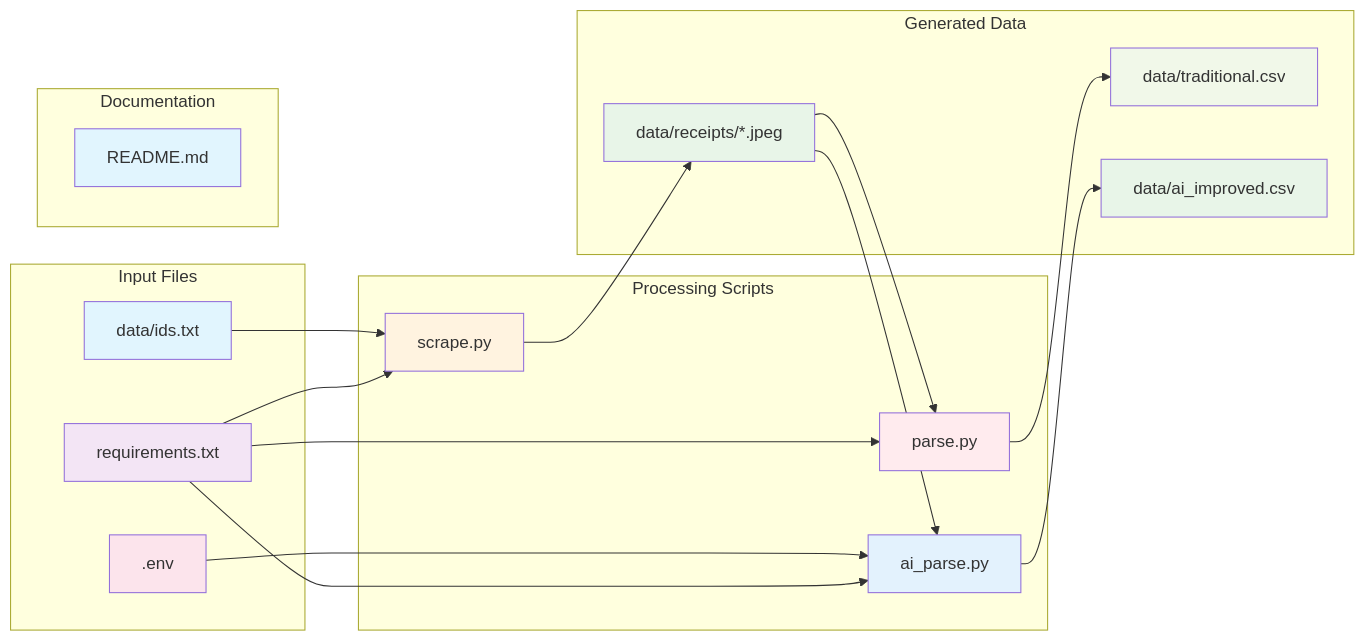
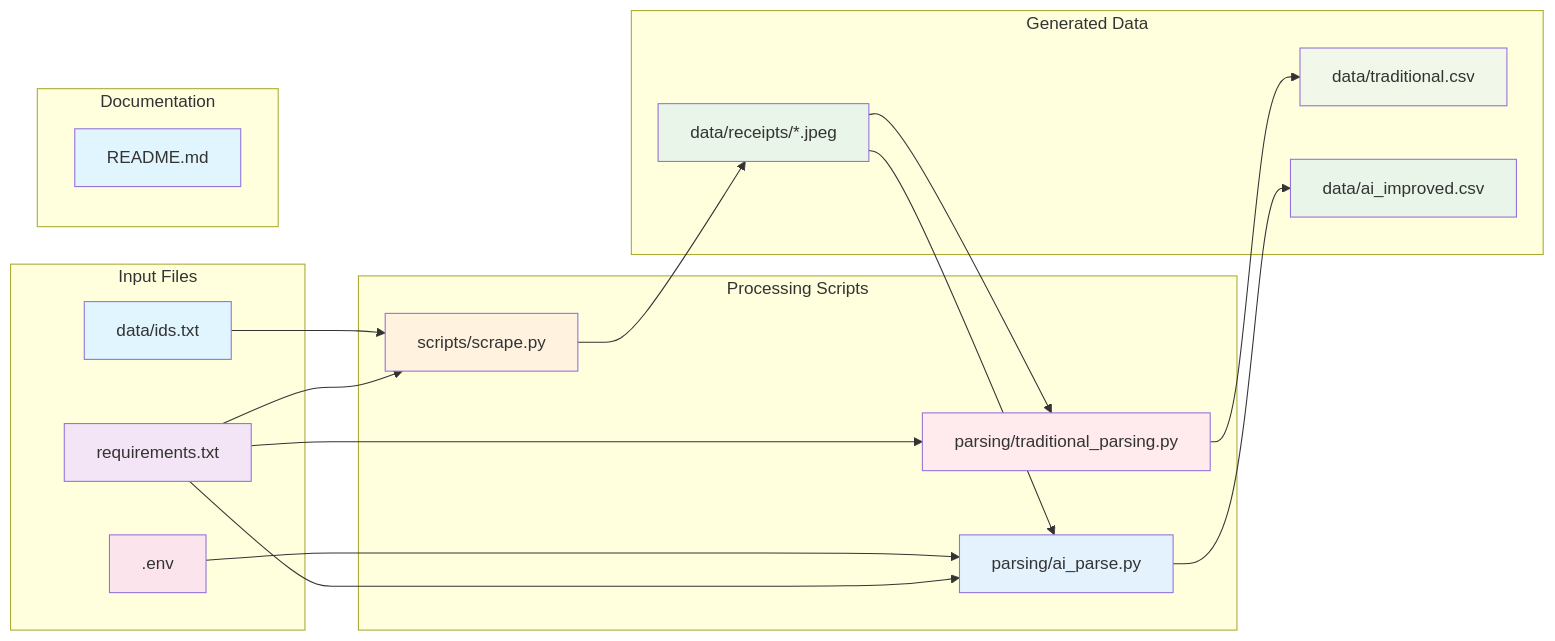
One commit to Ismat-Samadov/receipt_data changed the third of 8 diagrams in README.md. Above: the diagram before and after it, drawn with Mermaid. The commit also changed other lines of this file and 3 other files, not shown here.

````diff
--- a/README.md
+++ b/README.md
@@ -163,46 +168,46 @@
 ```mermaid
 graph LR
     subgraph "Input Files"
         A[data/ids.txt]
         B[.env]
         C[requirements.txt]
     end
     
     subgraph "Processing Scripts"
-        D[scrape.py]
-        E[parse.py]
-        F[ai_parse.py]
+        D[scripts/scrape.py]
+        E[parsing/traditional_parsing.py]
+        F[parsing/ai_parse.py]
     end
     
     subgraph "Generated Data"
         G[data/receipts/*.jpeg]
         H[data/traditional.csv]
         I[data/ai_improved.csv]
     end
     
     subgraph "Documentation"
         J[README.md]
     end
     
     A --> D
     B --> F
     C --> D
     C --> E
     C --> F
     D --> G
     G --> E
     G --> F
     E --> H
     F --> I
     
     style A fill:#e1f5fe
     style B fill:#fce4ec
     style C fill:#f3e5f5
     style D fill:#fff3e0
     style E fill:#ffebee
     style F fill:#e3f2fd
     style G fill:#e8f5e8
     style H fill:#f1f8e9
     style I fill:#e8f5e8
     style J fill:#e1f5fe
 ```
````
